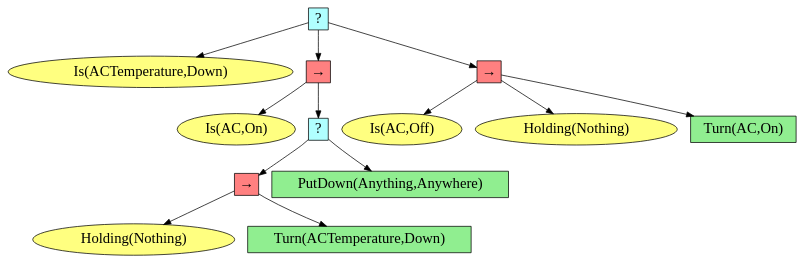
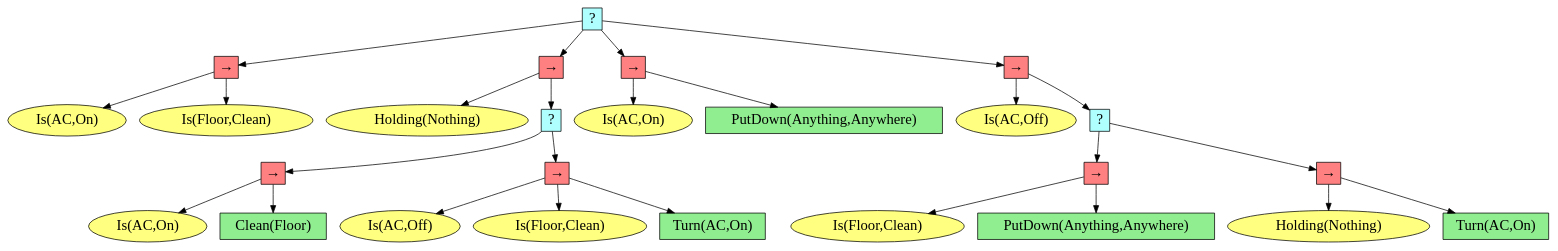
The diagram in robowaiter/scene/outputs/expanded_bt.dot (HPCL-EI/RoboWaiter), drawn with Graphviz before and after one commit. The commit also changed 104 other files, not shown here.

```diff
--- a/robowaiter/scene/outputs/expanded_bt.dot
+++ b/robowaiter/scene/outputs/expanded_bt.dot
@@ -1,31 +1,57 @@
 digraph pastafarianism {
 ordering=out;
 graph [fontname="times-roman"];
 node [fontname="times-roman"];
 edge [fontname="times-roman"];
-"3cc93283-6f35-4a5b-a823-667fda9e7abd" [fillcolor="#B0FFFF", fontcolor=black, fontsize=20, height=0.01, label="?", shape=box, style=filled, width=0.01];
-"9e4a23ae-384d-4ae1-b0bb-d6c7d42f4747" [fillcolor="#FFFF80", fontcolor=black, fontsize=20, label="Is(ACTemperature,Down)", shape=ellipse, style=filled];
-"3cc93283-6f35-4a5b-a823-667fda9e7abd" -> "9e4a23ae-384d-4ae1-b0bb-d6c7d42f4747";
-"1f15add2-2ef8-4384-9ca4-f930e1ecacef" [fillcolor="#FF8080", fontcolor=black, fontsize=20, height=0.01, label="&rarr;", shape=box, style=filled, width=0.01];
-"3cc93283-6f35-4a5b-a823-667fda9e7abd" -> "1f15add2-2ef8-4384-9ca4-f930e1ecacef";
-"b573a9e1-d411-42b1-b04a-7a11b3460803" [fillcolor="#FFFF80", fontcolor=black, fontsize=20, label="Is(AC,On)", shape=ellipse, style=filled];
-"1f15add2-2ef8-4384-9ca4-f930e1ecacef" -> "b573a9e1-d411-42b1-b04a-7a11b3460803";
-"d8d0e155-d190-4237-9ba3-7ef76d845ea4" [fillcolor="#B0FFFF", fontcolor=black, fontsize=20, height=0.01, label="?", shape=box, style=filled, width=0.01];
-"1f15add2-2ef8-4384-9ca4-f930e1ecacef" -> "d8d0e155-d190-4237-9ba3-7ef76d845ea4";
-"5ced2d60-8b01-4312-97c4-19e366000072" [fillcolor="#FF8080", fontcolor=black, fontsize=20, height=0.01, label="&rarr;", shape=box, style=filled, width=0.01];
-"d8d0e155-d190-4237-9ba3-7ef76d845ea4" -> "5ced2d60-8b01-4312-97c4-19e366000072";
-"a2b8d4bf-010a-4096-b4f1-06f0b2dcd95e" [fillcolor="#FFFF80", fontcolor=black, fontsize=20, label="Holding(Nothing)", shape=ellipse, style=filled];
-"5ced2d60-8b01-4312-97c4-19e366000072" -> "a2b8d4bf-010a-4096-b4f1-06f0b2dcd95e";
-"0c6604f3-36df-499b-8a56-84289c53f910" [fillcolor=lightgreen, fontcolor=black, fontsize=20, label="Turn(ACTemperature,Down)", shape=box, style=filled];
-"5ced2d60-8b01-4312-97c4-19e366000072" -> "0c6604f3-36df-499b-8a56-84289c53f910";
-"149b7ca4-471f-494a-b9eb-f7ddc4f2ecf3" [fillcolor=lightgreen, fontcolor=black, fontsize=20, label="PutDown(Anything,Anywhere)", shape=box, style=filled];
-"d8d0e155-d190-4237-9ba3-7ef76d845ea4" -> "149b7ca4-471f-494a-b9eb-f7ddc4f2ecf3";
-"1d74f511-6321-416b-a7f9-a2c051c6f981" [fillcolor="#FF8080", fontcolor=black, fontsize=20, height=0.01, label="&rarr;", shape=box, style=filled, width=0.01];
-"3cc93283-6f35-4a5b-a823-667fda9e7abd" -> "1d74f511-6321-416b-a7f9-a2c051c6f981";
-"79c6fc3e-b3fb-4bab-a5ab-39ea75ebbd1c" [fillcolor="#FFFF80", fontcolor=black, fontsize=20, label="Is(AC,Off)", shape=ellipse, style=filled];
-"1d74f511-6321-416b-a7f9-a2c051c6f981" -> "79c6fc3e-b3fb-4bab-a5ab-39ea75ebbd1c";
-"b215b2df-15a0-44cc-bdff-5a15a91a36ae" [fillcolor="#FFFF80", fontcolor=black, fontsize=20, label="Holding(Nothing)", shape=ellipse, style=filled];
-"1d74f511-6321-416b-a7f9-a2c051c6f981" -> "b215b2df-15a0-44cc-bdff-5a15a91a36ae";
-"4587a9ec-fab2-4b65-8b9d-2836668409a9" [fillcolor=lightgreen, fontcolor=black, fontsize=20, label="Turn(AC,On)", shape=box, style=filled];
-"1d74f511-6321-416b-a7f9-a2c051c6f981" -> "4587a9ec-fab2-4b65-8b9d-2836668409a9";
+"2db2976c-cdda-4837-b4d3-4dbbb4538910" [fillcolor="#B0FFFF", fontcolor=black, fontsize=20, height=0.01, label="?", shape=box, style=filled, width=0.01];
+"b3ce54db-f0ff-4840-86e3-ef7d95c6ebab" [fillcolor="#FF8080", fontcolor=black, fontsize=20, height=0.01, label="&rarr;", shape=box, style=filled, width=0.01];
+"2db2976c-cdda-4837-b4d3-4dbbb4538910" -> "b3ce54db-f0ff-4840-86e3-ef7d95c6ebab";
+"eb22ee5d-c613-41da-a1a6-c44c2b7fc4d1" [fillcolor="#FFFF80", fontcolor=black, fontsize=20, label="Is(AC,On)", shape=ellipse, style=filled];
+"b3ce54db-f0ff-4840-86e3-ef7d95c6ebab" -> "eb22ee5d-c613-41da-a1a6-c44c2b7fc4d1";
+"7f19976b-2e24-47b0-bb26-9c358cdfeb23" [fillcolor="#FFFF80", fontcolor=black, fontsize=20, label="Is(Floor,Clean)", shape=ellipse, style=filled];
+"b3ce54db-f0ff-4840-86e3-ef7d95c6ebab" -> "7f19976b-2e24-47b0-bb26-9c358cdfeb23";
+"c2dd86b2-b9fe-4f6e-afae-57346859eafa" [fillcolor="#FF8080", fontcolor=black, fontsize=20, height=0.01, label="&rarr;", shape=box, style=filled, width=0.01];
+"2db2976c-cdda-4837-b4d3-4dbbb4538910" -> "c2dd86b2-b9fe-4f6e-afae-57346859eafa";
+"2b2e8b9b-862f-43ac-bb82-57ba95d623e3" [fillcolor="#FFFF80", fontcolor=black, fontsize=20, label="Holding(Nothing)", shape=ellipse, style=filled];
+"c2dd86b2-b9fe-4f6e-afae-57346859eafa" -> "2b2e8b9b-862f-43ac-bb82-57ba95d623e3";
+"f4f33a8f-ff13-493a-a78f-da05090f8336" [fillcolor="#B0FFFF", fontcolor=black, fontsize=20, height=0.01, label="?", shape=box, style=filled, width=0.01];
+"c2dd86b2-b9fe-4f6e-afae-57346859eafa" -> "f4f33a8f-ff13-493a-a78f-da05090f8336";
+"a3256f70-bcb0-4ef0-a81b-741752b6d07e" [fillcolor="#FF8080", fontcolor=black, fontsize=20, height=0.01, label="&rarr;", shape=box, style=filled, width=0.01];
+"f4f33a8f-ff13-493a-a78f-da05090f8336" -> "a3256f70-bcb0-4ef0-a81b-741752b6d07e";
+"813bbab4-bc04-427c-9040-a006399f5c45" [fillcolor="#FFFF80", fontcolor=black, fontsize=20, label="Is(AC,On)", shape=ellipse, style=filled];
+"a3256f70-bcb0-4ef0-a81b-741752b6d07e" -> "813bbab4-bc04-427c-9040-a006399f5c45";
+"94284302-d3f9-4a66-bf32-52eda963058e" [fillcolor=lightgreen, fontcolor=black, fontsize=20, label="Clean(Floor)", shape=box, style=filled];
+"a3256f70-bcb0-4ef0-a81b-741752b6d07e" -> "94284302-d3f9-4a66-bf32-52eda963058e";
+"e74e83a6-bc77-4dc9-aa78-4f400bc9a730" [fillcolor="#FF8080", fontcolor=black, fontsize=20, height=0.01, label="&rarr;", shape=box, style=filled, width=0.01];
+"f4f33a8f-ff13-493a-a78f-da05090f8336" -> "e74e83a6-bc77-4dc9-aa78-4f400bc9a730";
+"093a1c94-4aae-4cff-8fcb-06d18c6a9790" [fillcolor="#FFFF80", fontcolor=black, fontsize=20, label="Is(AC,Off)", shape=ellipse, style=filled];
+"e74e83a6-bc77-4dc9-aa78-4f400bc9a730" -> "093a1c94-4aae-4cff-8fcb-06d18c6a9790";
+"0ec75c23-457b-4541-99d8-628102646eef" [fillcolor="#FFFF80", fontcolor=black, fontsize=20, label="Is(Floor,Clean)", shape=ellipse, style=filled];
+"e74e83a6-bc77-4dc9-aa78-4f400bc9a730" -> "0ec75c23-457b-4541-99d8-628102646eef";
+"0a54b3fc-0cce-4cf4-be75-5f18647b52d4" [fillcolor=lightgreen, fontcolor=black, fontsize=20, label="Turn(AC,On)", shape=box, style=filled];
+"e74e83a6-bc77-4dc9-aa78-4f400bc9a730" -> "0a54b3fc-0cce-4cf4-be75-5f18647b52d4";
+"bb7a8a0f-cbd8-4595-be11-ad28a431cdd7" [fillcolor="#FF8080", fontcolor=black, fontsize=20, height=0.01, label="&rarr;", shape=box, style=filled, width=0.01];
+"2db2976c-cdda-4837-b4d3-4dbbb4538910" -> "bb7a8a0f-cbd8-4595-be11-ad28a431cdd7";
+"856fa507-12df-4ab7-a7c0-2c327abfebb1" [fillcolor="#FFFF80", fontcolor=black, fontsize=20, label="Is(AC,On)", shape=ellipse, style=filled];
+"bb7a8a0f-cbd8-4595-be11-ad28a431cdd7" -> "856fa507-12df-4ab7-a7c0-2c327abfebb1";
+"15f01872-190c-44eb-8903-ca38a7a51aeb" [fillcolor=lightgreen, fontcolor=black, fontsize=20, label="PutDown(Anything,Anywhere)", shape=box, style=filled];
+"bb7a8a0f-cbd8-4595-be11-ad28a431cdd7" -> "15f01872-190c-44eb-8903-ca38a7a51aeb";
+"521017a2-5249-4dcf-a960-09032a615bf4" [fillcolor="#FF8080", fontcolor=black, fontsize=20, height=0.01, label="&rarr;", shape=box, style=filled, width=0.01];
+"2db2976c-cdda-4837-b4d3-4dbbb4538910" -> "521017a2-5249-4dcf-a960-09032a615bf4";
+"c480f850-8188-4c14-9289-9043f0c4f9cc" [fillcolor="#FFFF80", fontcolor=black, fontsize=20, label="Is(AC,Off)", shape=ellipse, style=filled];
+"521017a2-5249-4dcf-a960-09032a615bf4" -> "c480f850-8188-4c14-9289-9043f0c4f9cc";
+"12dd8c3d-d161-4ae6-9592-b8782884939e" [fillcolor="#B0FFFF", fontcolor=black, fontsize=20, height=0.01, label="?", shape=box, style=filled, width=0.01];
+"521017a2-5249-4dcf-a960-09032a615bf4" -> "12dd8c3d-d161-4ae6-9592-b8782884939e";
+"6c30bf44-028c-4dab-8e38-ff859419cfcf" [fillcolor="#FF8080", fontcolor=black, fontsize=20, height=0.01, label="&rarr;", shape=box, style=filled, width=0.01];
+"12dd8c3d-d161-4ae6-9592-b8782884939e" -> "6c30bf44-028c-4dab-8e38-ff859419cfcf";
+"f7c780d5-aec3-4a6e-a11d-3f3f4fd651f3" [fillcolor="#FFFF80", fontcolor=black, fontsize=20, label="Is(Floor,Clean)", shape=ellipse, style=filled];
+"6c30bf44-028c-4dab-8e38-ff859419cfcf" -> "f7c780d5-aec3-4a6e-a11d-3f3f4fd651f3";
+"891f47a3-c914-4b53-b30e-36a0fb51f15a" [fillcolor=lightgreen, fontcolor=black, fontsize=20, label="PutDown(Anything,Anywhere)", shape=box, style=filled];
+"6c30bf44-028c-4dab-8e38-ff859419cfcf" -> "891f47a3-c914-4b53-b30e-36a0fb51f15a";
+"69417d3a-d3da-4767-9eea-4b9c64bd24b4" [fillcolor="#FF8080", fontcolor=black, fontsize=20, height=0.01, label="&rarr;", shape=box, style=filled, width=0.01];
+"12dd8c3d-d161-4ae6-9592-b8782884939e" -> "69417d3a-d3da-4767-9eea-4b9c64bd24b4";
+"69afa45a-6e57-4c11-89bd-b437d400dee4" [fillcolor="#FFFF80", fontcolor=black, fontsize=20, label="Holding(Nothing)", shape=ellipse, style=filled];
+"69417d3a-d3da-4767-9eea-4b9c64bd24b4" -> "69afa45a-6e57-4c11-89bd-b437d400dee4";
+"bae4444e-5746-403d-be66-17b721dd5a3f" [fillcolor=lightgreen, fontcolor=black, fontsize=20, label="Turn(AC,On)", shape=box, style=filled];
+"69417d3a-d3da-4767-9eea-4b9c64bd24b4" -> "bae4444e-5746-403d-be66-17b721dd5a3f";
 }
```
